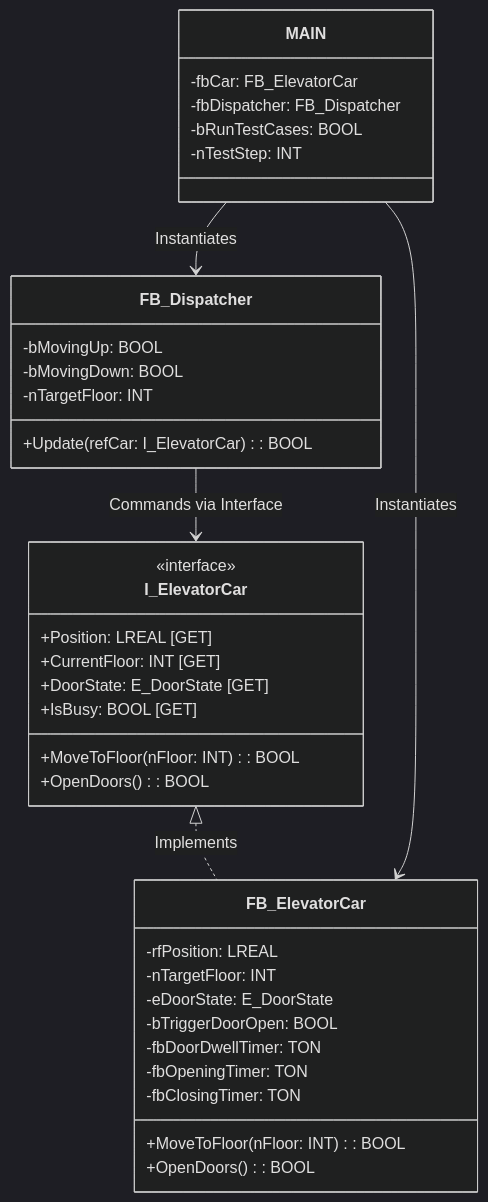
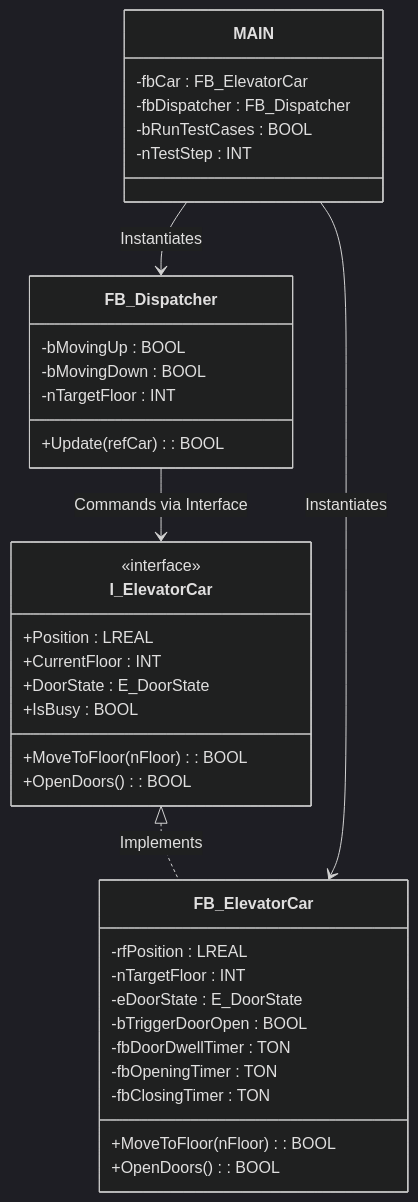
One commit to mohamedazimal27/ElevatorControlSystem changed the diagram in README.md. Above: the diagram before and after it, drawn with Mermaid (dark theme). The commit also changed other lines of this file and 1 other file, not shown here.

Commit message:
docs: update project demonstration link to YouTube and simplify Mermaid class diagrams

````diff
--- a/README.md
+++ b/README.md
@@ -34,43 +39,43 @@
 ```mermaid
 classDiagram
     class I_ElevatorCar {
         <<interface>>
-        +Position: LREAL [GET]
-        +CurrentFloor: INT [GET]
-        +DoorState: E_DoorState [GET]
-        +IsBusy: BOOL [GET]
-        +MoveToFloor(nFloor: INT) : BOOL
+        +Position : LREAL
+        +CurrentFloor : INT
+        +DoorState : E_DoorState
+        +IsBusy : BOOL
+        +MoveToFloor(nFloor) : BOOL
         +OpenDoors() : BOOL
     }
 
     class FB_ElevatorCar {
-        -rfPosition: LREAL
-        -nTargetFloor: INT
-        -eDoorState: E_DoorState
-        -bTriggerDoorOpen: BOOL
-        -fbDoorDwellTimer: TON
-        -fbOpeningTimer: TON
-        -fbClosingTimer: TON
-        +MoveToFloor(nFloor: INT) : BOOL
+        -rfPosition : LREAL
+        -nTargetFloor : INT
+        -eDoorState : E_DoorState
+        -bTriggerDoorOpen : BOOL
+        -fbDoorDwellTimer : TON
+        -fbOpeningTimer : TON
+        -fbClosingTimer : TON
+        +MoveToFloor(nFloor) : BOOL
         +OpenDoors() : BOOL
     }
 
     class FB_Dispatcher {
-        -bMovingUp: BOOL
-        -bMovingDown: BOOL
-        -nTargetFloor: INT
-        +Update(refCar: I_ElevatorCar) : BOOL
+        -bMovingUp : BOOL
+        -bMovingDown : BOOL
+        -nTargetFloor : INT
+        +Update(refCar) : BOOL
     }
 
     class MAIN {
-        -fbCar: FB_ElevatorCar
-        -fbDispatcher: FB_Dispatcher
-        -bRunTestCases: BOOL
-        -nTestStep: INT
+        -fbCar : FB_ElevatorCar
+        -fbDispatcher : FB_Dispatcher
+        -bRunTestCases : BOOL
+        -nTestStep : INT
     }
 
     I_ElevatorCar <|.. FB_ElevatorCar : Implements
     FB_Dispatcher --> I_ElevatorCar : Commands via Interface
     MAIN --> FB_ElevatorCar : Instantiates
     MAIN --> FB_Dispatcher : Instantiates
 ```
````
